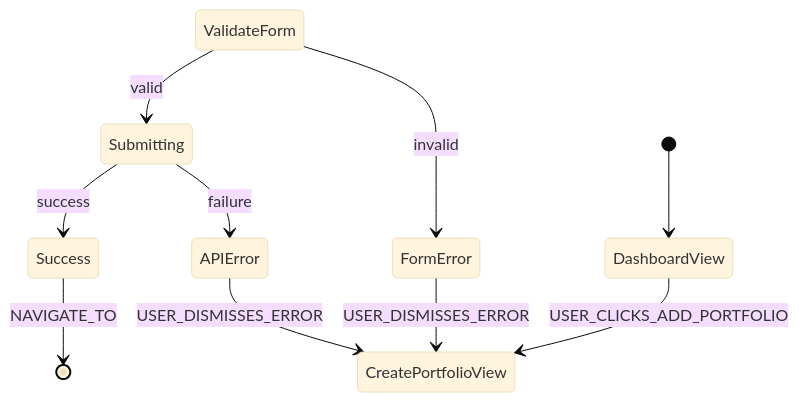
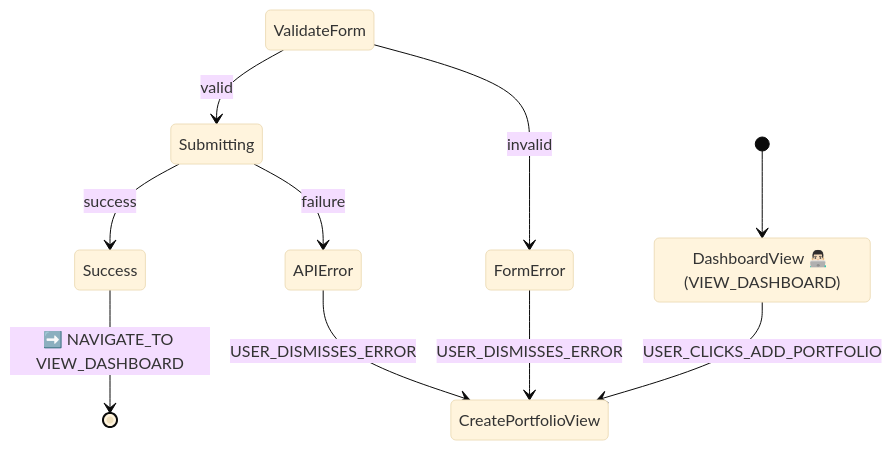
The first of 16 diagrams in docs/ui_flow_diagrams.md (enzhao/Sentinel), drawn with Mermaid (base theme) before and after one commit. The commit also changed other lines of this file and 4 other files, not shown here.

First line of the commit message:
docs(spec): clarify and rename UI flow definitions

````diff
--- a/docs/ui_flow_diagrams.md
+++ b/docs/ui_flow_diagrams.md
@@ -8,12 +8,13 @@
 ```mermaid
 stateDiagram-v2
+    state "DashboardView 👨🏻‍💻 (VIEW_DASHBOARD)" as DashboardView
     [*] --> DashboardView
     DashboardView --> CreatePortfolioView : USER_CLICKS_ADD_PORTFOLIO
     ValidateForm --> Submitting : valid
     ValidateForm --> FormError : invalid
     Submitting --> Success : success
     Submitting --> APIError : failure
-    Success --> [*] : NAVIGATE_TO
+    Success --> [*] : ➡️ NAVIGATE_TO VIEW_DASHBOARD
     FormError --> CreatePortfolioView : USER_DISMISSES_ERROR
     APIError --> CreatePortfolioView : USER_DISMISSES_ERROR
 ```
````
